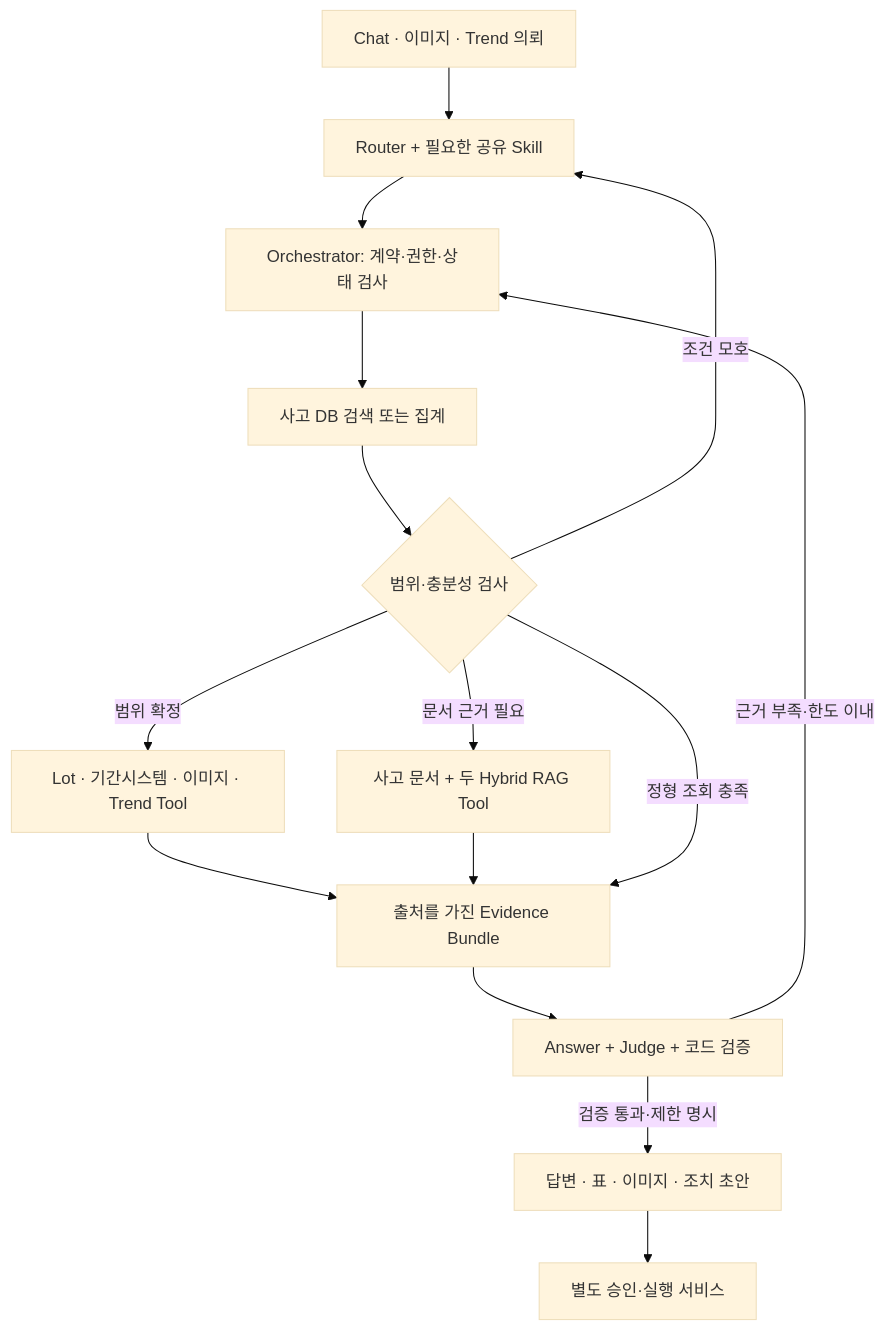
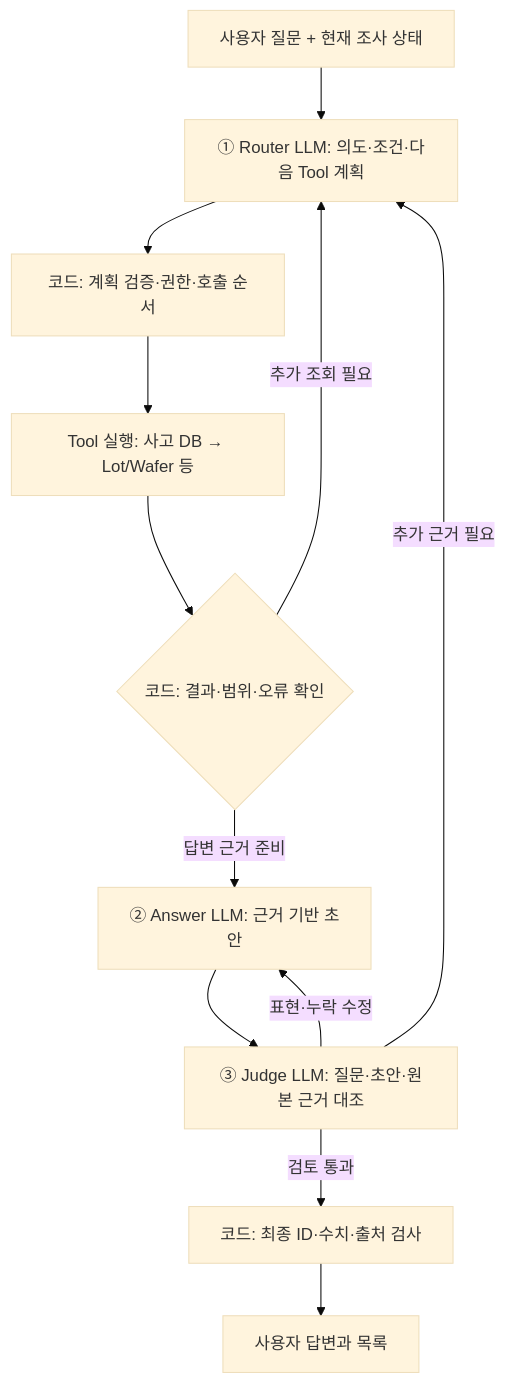
Before and after one commit to hogil/q-agent: the diagram in docs/current/ARCHITECTURE_AND_PLAN.md, drawn with Mermaid (base theme). The commit also changed other lines of this file and 25 other files, not shown here.

First line of the commit message:
Clarify LLM role placement and require actual-data review in every skill

````diff
--- a/docs/current/ARCHITECTURE_AND_PLAN.md
+++ b/docs/current/ARCHITECTURE_AND_PLAN.md
@@ -9,17 +11,14 @@
 ```mermaid
 flowchart TD
-  U["Chat · 이미지 · Trend 의뢰"] --> R["Router + 필요한 공유 Skill"]
-  R --> O["Orchestrator: 계약·권한·상태 검사"]
-  O --> D["사고 DB 검색 또는 집계"]
-  D --> S{"범위·충분성 검사"}
-  S -->|조건 모호| R
-  S -->|범위 확정| T["Lot · 기간시스템 · 이미지 · Trend Tool"]
-  S -->|문서 근거 필요| H["사고 문서 + 두 Hybrid RAG Tool"]
-  T --> E["출처를 가진 Evidence Bundle"]
-  H --> E
-  S -->|정형 조회 충족| E
-  E --> A["Answer + Judge + 코드 검증"]
-  A -->|근거 부족·한도 이내| O
-  A -->|검증 통과·제한 명시| V["답변 · 표 · 이미지 · 조치 초안"]
-  V --> P["별도 승인·실행 서비스"]
+  U["사용자 질문 + 현재 조사 상태"] --> R["① Router LLM: 의도·조건·다음 Tool 계획"]
+  R --> G["코드: 계획 검증·권한·호출 순서"]
+  G --> T["Tool 실행: 사고 DB → Lot/Wafer 등"]
+  T --> E{"코드: 결과·범위·오류 확인"}
+  E -->|추가 조회 필요| R
+  E -->|답변 근거 준비| A["② Answer LLM: 근거 기반 초안"]
+  A --> J["③ Judge LLM: 질문·초안·원본 근거 대조"]
+  J -->|표현·누락 수정| A
+  J -->|추가 근거 필요| R
+  J -->|검토 통과| F["코드: 최종 ID·수치·출처 검사"]
+  F --> V["사용자 답변과 목록"]
 ```
````
